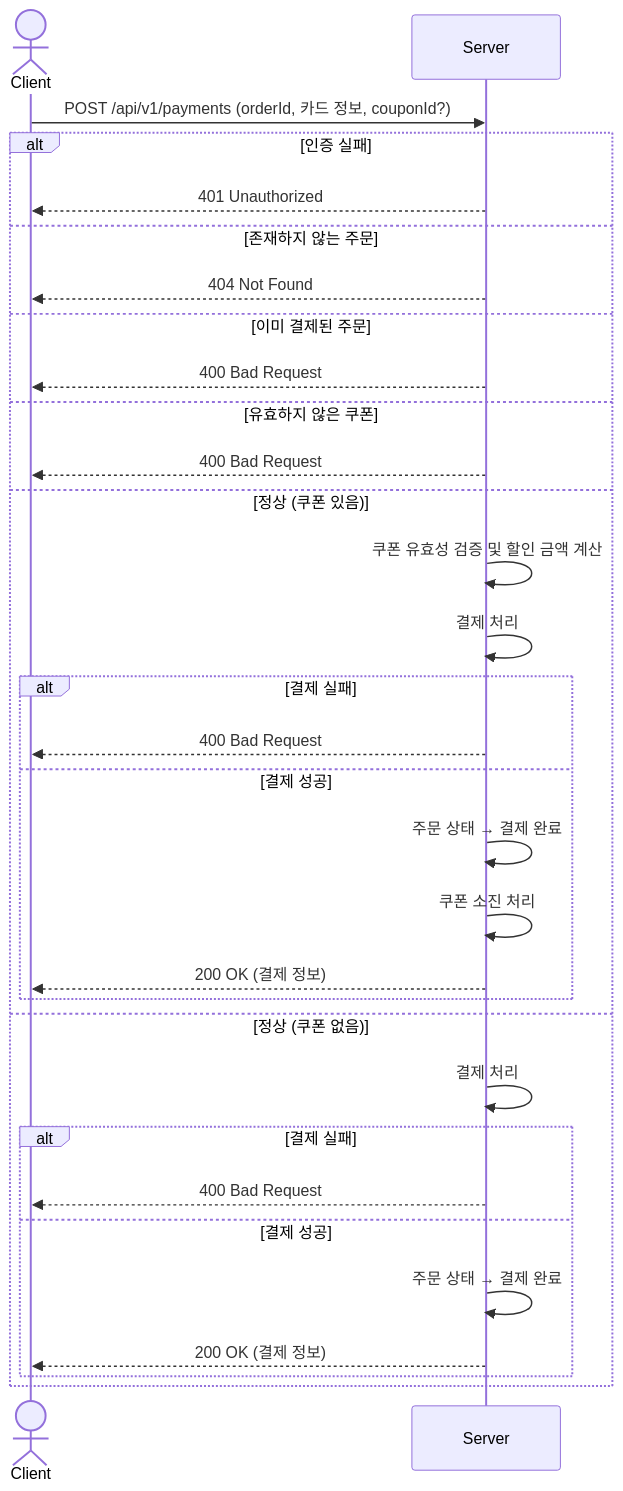
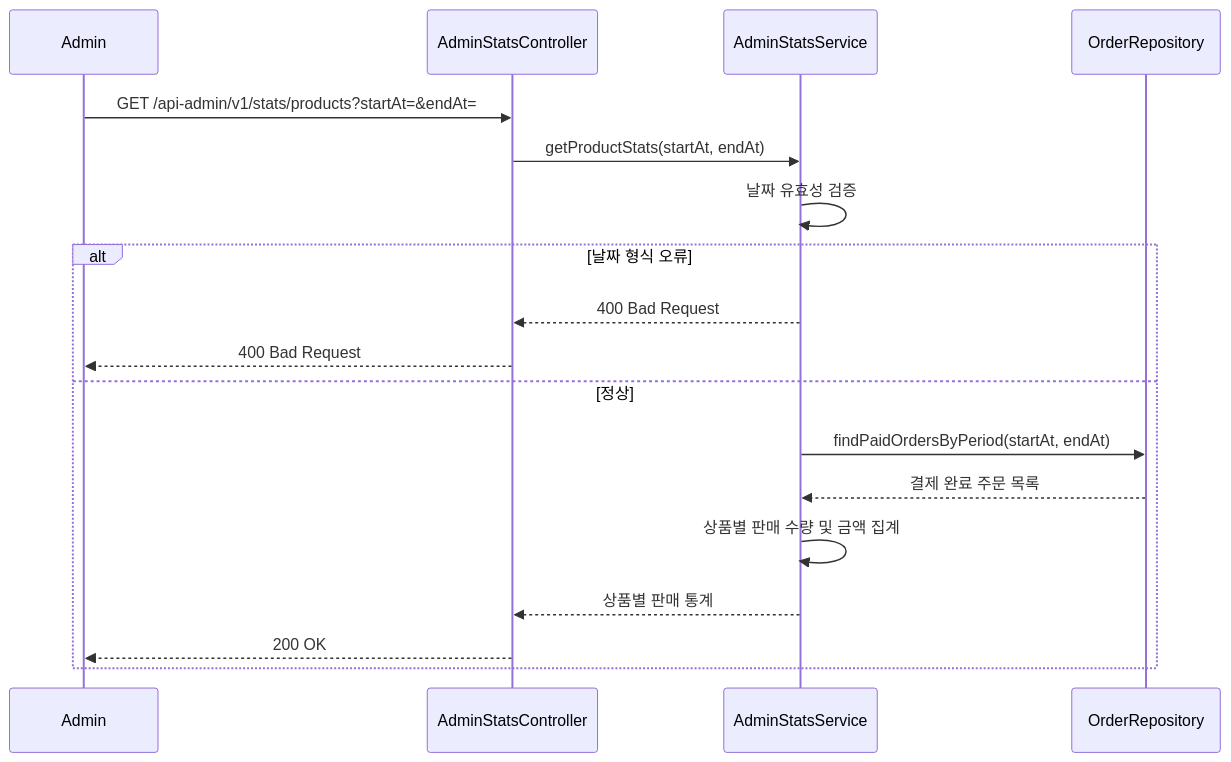
Before and after one commit to loopers-labs/loop-pack-be-l2-vol4-java: diagram 16 of 34 in .docs/design/sequence-diagrams.md, drawn with Mermaid. The commit also changed other lines of this file and 1 other file, not shown here.

Commit message:
fix: 관리자 모듈 지우고 각 브랜드&상품-어드민, 주문-어드민으로 분리 브랜드&상품 누락 유스케이스 추가 어드민 권한 확인 로직 main flow 에 추가

````diff
--- a/.docs/design/sequence-diagrams.md
+++ b/.docs/design/sequence-diagrams.md
@@ -357,34 +386,22 @@
 ```mermaid
 sequenceDiagram
-    actor Client
-    participant Server
+    participant Admin
+    participant AdminStatsController
+    participant AdminStatsService
+    participant OrderRepository
 
-    Client->>Server: POST /api/v1/payments (orderId, 카드 정보, couponId?)
-    alt 인증 실패
-        Server-->>Client: 401 Unauthorized
-    else 존재하지 않는 주문
-        Server-->>Client: 404 Not Found
-    else 이미 결제된 주문
-        Server-->>Client: 400 Bad Request
-    else 유효하지 않은 쿠폰
-        Server-->>Client: 400 Bad Request
-    else 정상 (쿠폰 있음)
-        Server->>Server: 쿠폰 유효성 검증 및 할인 금액 계산
-        Server->>Server: 결제 처리
-        alt 결제 실패
-            Server-->>Client: 400 Bad Request
-        else 결제 성공
-            Server->>Server: 주문 상태 → 결제 완료
-            Server->>Server: 쿠폰 소진 처리
-            Server-->>Client: 200 OK (결제 정보)
-        end
-    else 정상 (쿠폰 없음)
-        Server->>Server: 결제 처리
-        alt 결제 실패
-            Server-->>Client: 400 Bad Request
-        else 결제 성공
-            Server->>Server: 주문 상태 → 결제 완료
-            Server-->>Client: 200 OK (결제 정보)
-        end
+    Admin->>AdminStatsController: GET /api-admin/v1/stats/products?startAt=&endAt=
+    AdminStatsController->>AdminStatsService: getProductStats(startAt, endAt)
+    AdminStatsService->>AdminStatsService: 날짜 유효성 검증
+
+    alt 날짜 형식 오류
+        AdminStatsService-->>AdminStatsController: 400 Bad Request
+        AdminStatsController-->>Admin: 400 Bad Request
+    else 정상
+        AdminStatsService->>OrderRepository: findPaidOrdersByPeriod(startAt, endAt)
+        OrderRepository-->>AdminStatsService: 결제 완료 주문 목록
+        AdminStatsService->>AdminStatsService: 상품별 판매 수량 및 금액 집계
+        AdminStatsService-->>AdminStatsController: 상품별 판매 통계
+        AdminStatsController-->>Admin: 200 OK
     end
 ```
````
